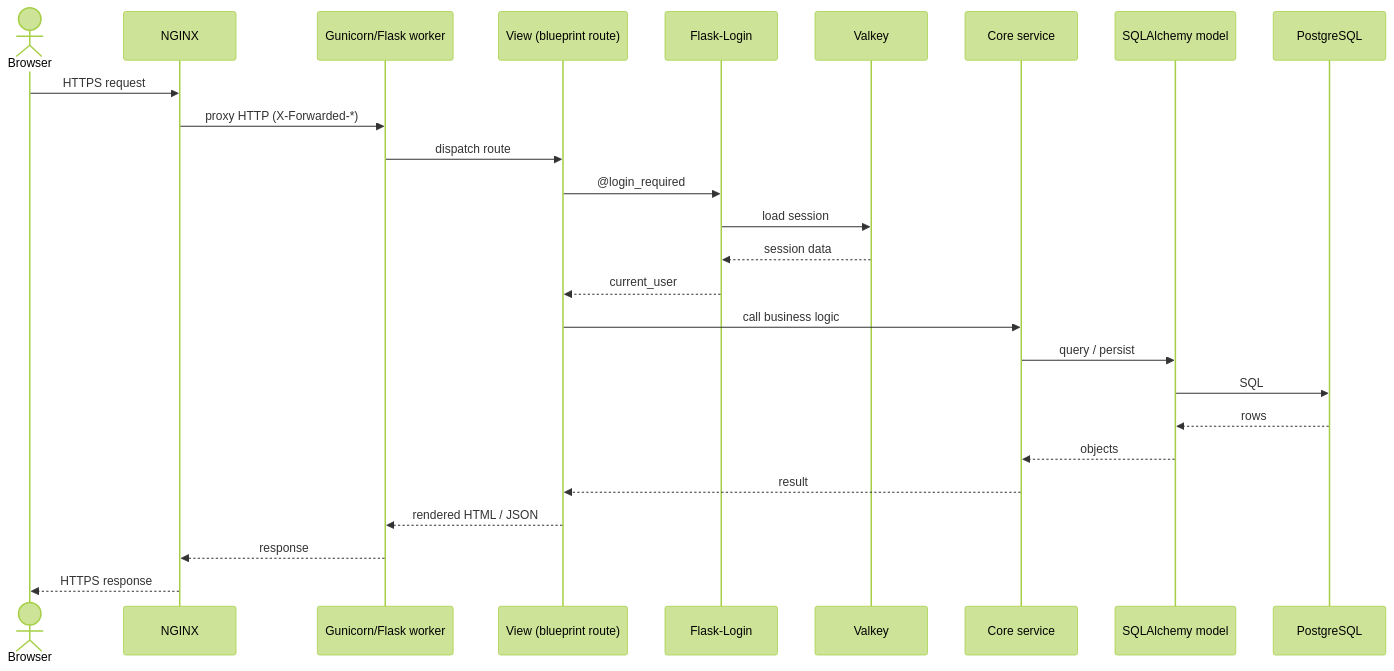
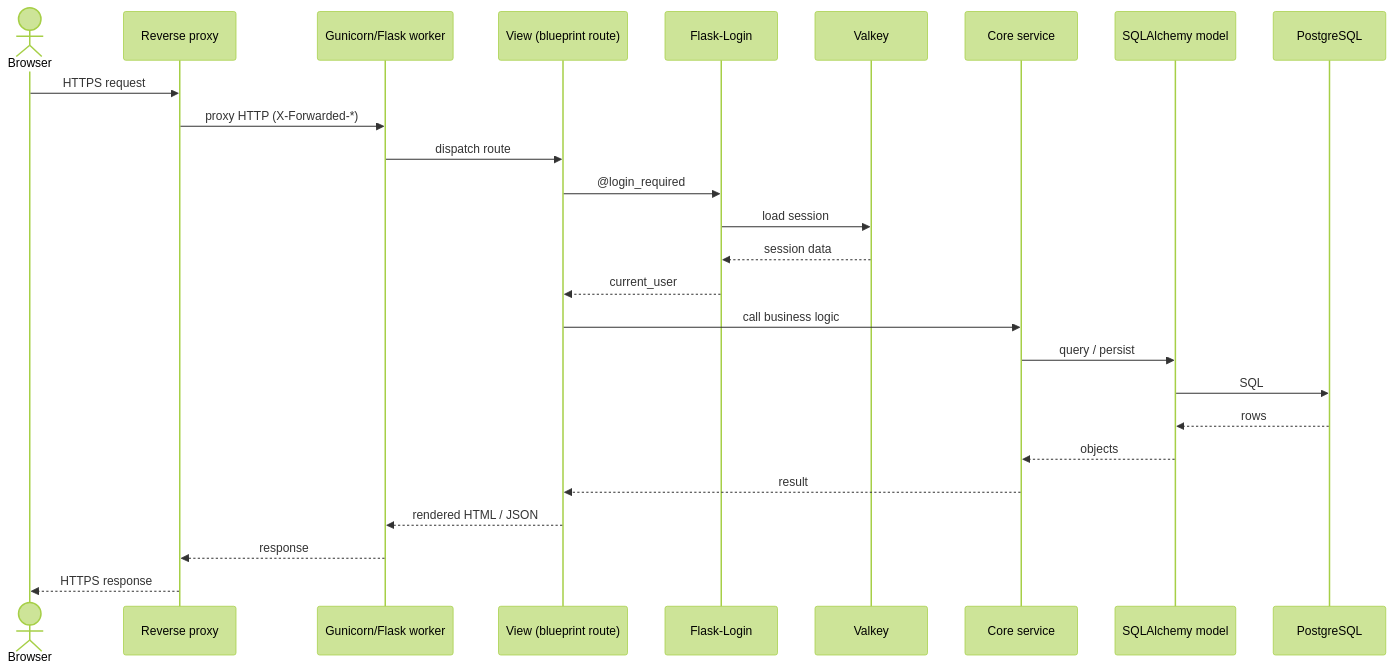
Before and after one commit to flowintel/flowintel: diagram 11 of 34 in doc/technical-specifications.md, drawn with Mermaid (forest theme). The commit also changed other lines of this file and 19 other files, not shown here.

````diff
--- a/doc/technical-specifications.md
+++ b/doc/technical-specifications.md
@@ -688,29 +636,29 @@
 ```mermaid
 sequenceDiagram
     actor User as Browser
-    participant NGINX
+    participant RP as Reverse proxy
     participant GU as Gunicorn/Flask worker
     participant V as View (blueprint route)
     participant AUTH as Flask-Login
     participant VK as Valkey
     participant C as Core service
     participant M as SQLAlchemy model
     participant DB as PostgreSQL
 
-    User->>NGINX: HTTPS request
-    NGINX->>GU: proxy HTTP (X-Forwarded-*)
+    User->>RP: HTTPS request
+    RP->>GU: proxy HTTP (X-Forwarded-*)
     GU->>V: dispatch route
     V->>AUTH: @login_required
     AUTH->>VK: load session
     VK-->>AUTH: session data
     AUTH-->>V: current_user
     V->>C: call business logic
     C->>M: query / persist
     M->>DB: SQL
     DB-->>M: rows
     M-->>C: objects
     C-->>V: result
     V-->>GU: rendered HTML / JSON
-    GU-->>NGINX: response
-    NGINX-->>User: HTTPS response
+    GU-->>RP: response
+    RP-->>User: HTTPS response
 ```
````
